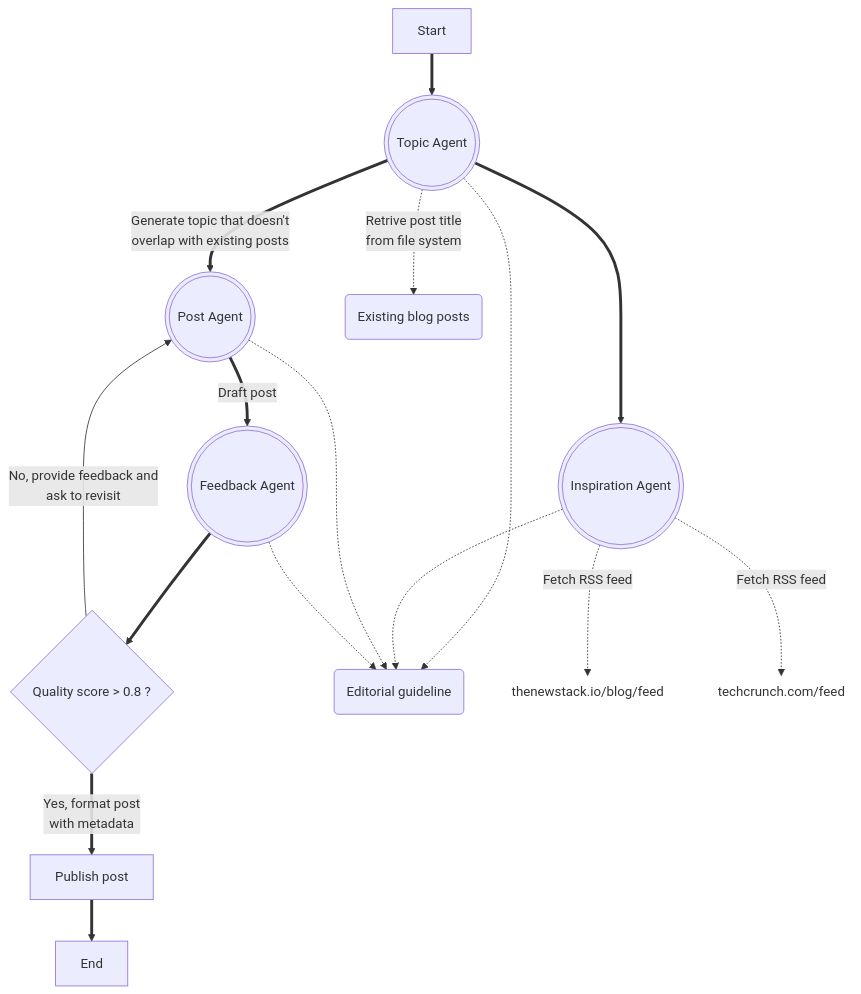
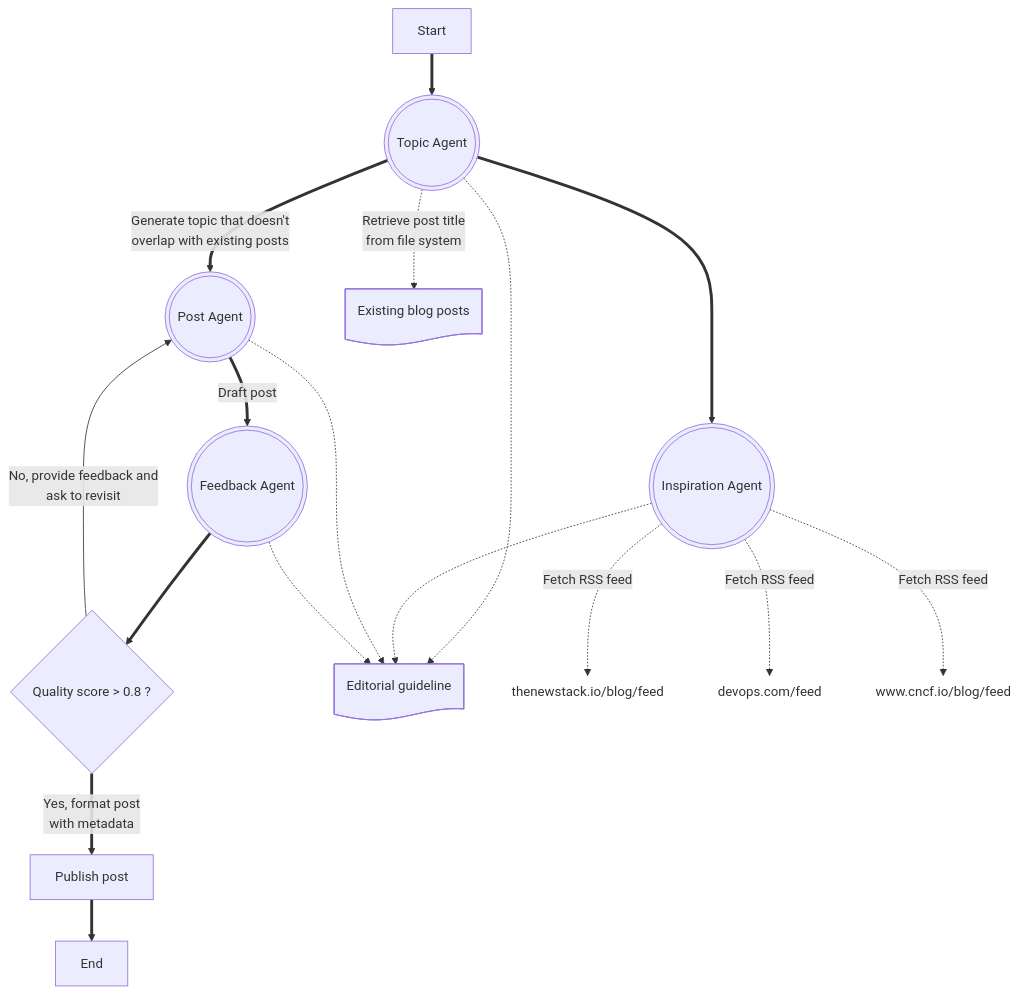
One commit to etiennetremel/ai-generated-blog changed the diagram in README.md. Above: the diagram before and after it, drawn with Mermaid. The commit also changed 2 other files, not shown here.

````diff
--- a/README.md
+++ b/README.md
@@ -19,31 +19,33 @@
 ```mermaid
 flowchart TD
     Start[Start]
     Topic(((Topic Agent)))
     Inspiration(((Inspiration Agent)))
     Post(((Post Agent)))
     Feedback(((Feedback Agent)))
     QualityCondition{Quality score > 0.8 ?}
-    EditorialGuideline(Editorial guideline)
+    EditorialGuideline@{ shape: doc, label: "Editorial guideline" }
     Publish[Publish post]
     End[End]
-    ExistingBlogPosts(Existing blog posts)
+    ExistingBlogPosts@{ shape: doc, label: "Existing blog posts" }
     TNS@{ shape: text, label: "thenewstack.io/blog/feed"}
-    TC@{ shape: text, label: "techcrunch.com/feed"}
+    DO@{ shape: text, label: "devops.com/feed"}
+    CNCF@{ shape: text, label: "www.cncf.io/blog/feed"}
 
     Start ==> Topic
     Topic -.-> EditorialGuideline
-    Topic -. Retrive post title<br>from file system .-> ExistingBlogPosts
+    Topic -. Retrieve post title<br>from file system .-> ExistingBlogPosts
     Topic ==> Inspiration
     Inspiration -.-> EditorialGuideline
     Inspiration -. Fetch RSS feed .-> TNS
-    Inspiration -. Fetch RSS feed .-> TC
+    Inspiration -. Fetch RSS feed .-> DO
+    Inspiration -. Fetch RSS feed .-> CNCF
     Topic == Generate topic that doesn't<br>overlap with existing posts ==> Post
     Post == Draft post ==> Feedback
     Post -.-> EditorialGuideline
     Feedback -.-> EditorialGuideline
     Feedback ==> QualityCondition
     QualityCondition == Yes, format post<br>with metadata ==> Publish
     QualityCondition -- No, provide feedback and<br>ask to revisit --> Post
     Publish ==> End
 ```
````
